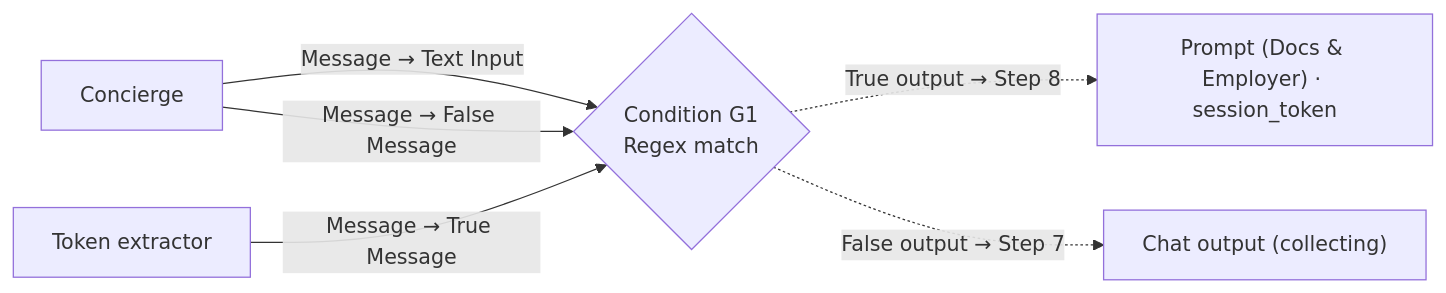
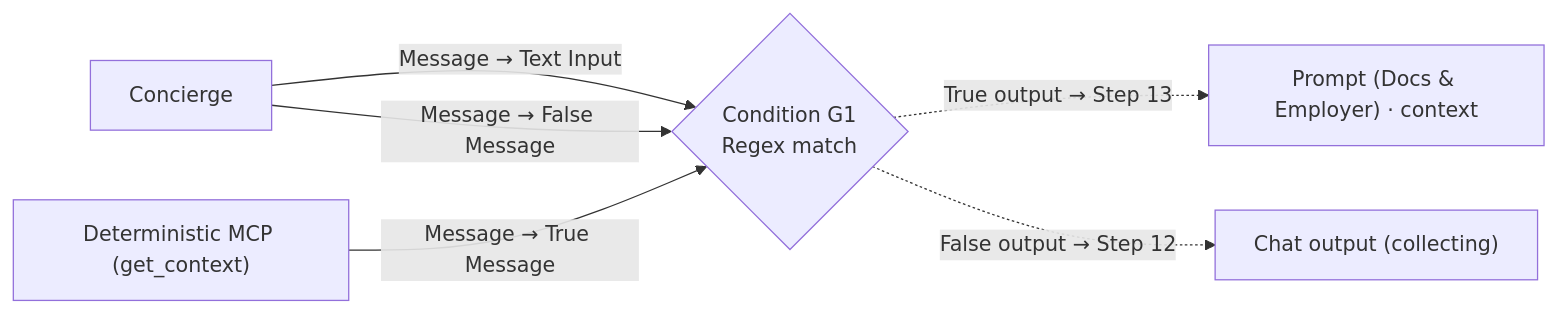
Diagram 11 of 23 in paf/flows/CHAT_WORKFLOW.md (vmleon/oracle-database-private-agent-factory-poc), drawn with Mermaid before and after one commit. The commit also changed other lines of this file and 10 other files, not shown here.

````diff
--- a/paf/flows/CHAT_WORKFLOW.md
+++ b/paf/flows/CHAT_WORKFLOW.md
@@ -218,8 +307,8 @@
 ```mermaid
 flowchart LR
     C["Concierge"] -->|Message → Text Input| G1{"Condition G1<br/>Regex match"}
     C -->|Message → False Message| G1
-    RT["Token extractor"] -->|Message → True Message| G1
-    G1 -.->|True output → Step 8| P8["Prompt (Docs & Employer) · session_token"]
-    G1 -.->|False output → Step 7| OC["Chat output (collecting)"]
+    GC["Deterministic MCP (get_context)"] -->|Message → True Message| G1
+    G1 -.->|True output → Step 13| P13["Prompt (Docs & Employer) · context"]
+    G1 -.->|False output → Step 12| OC["Chat output (collecting)"]
 ```
````
